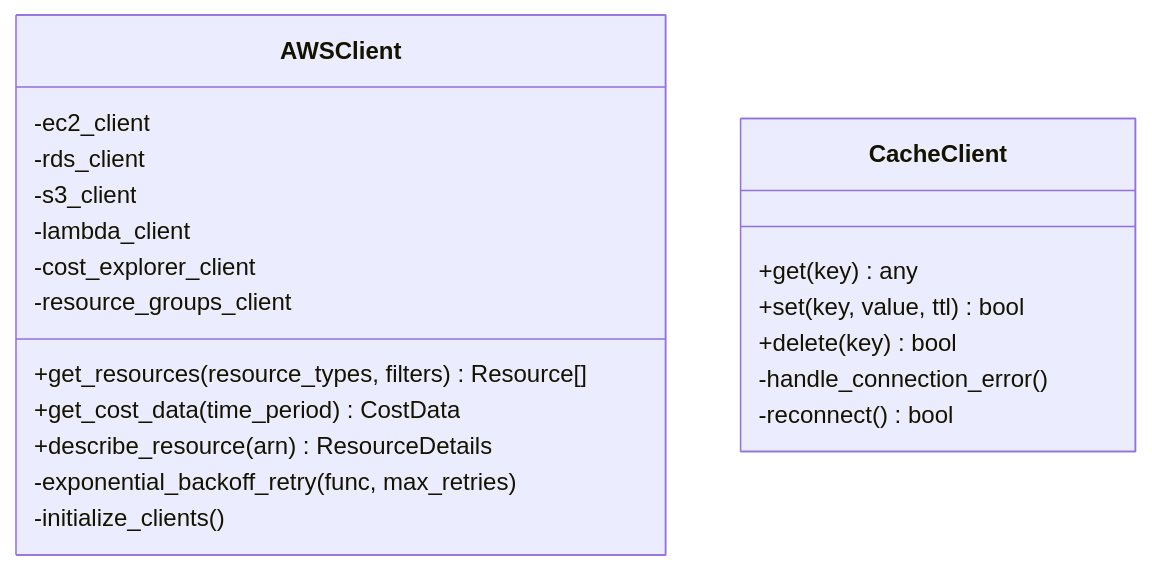
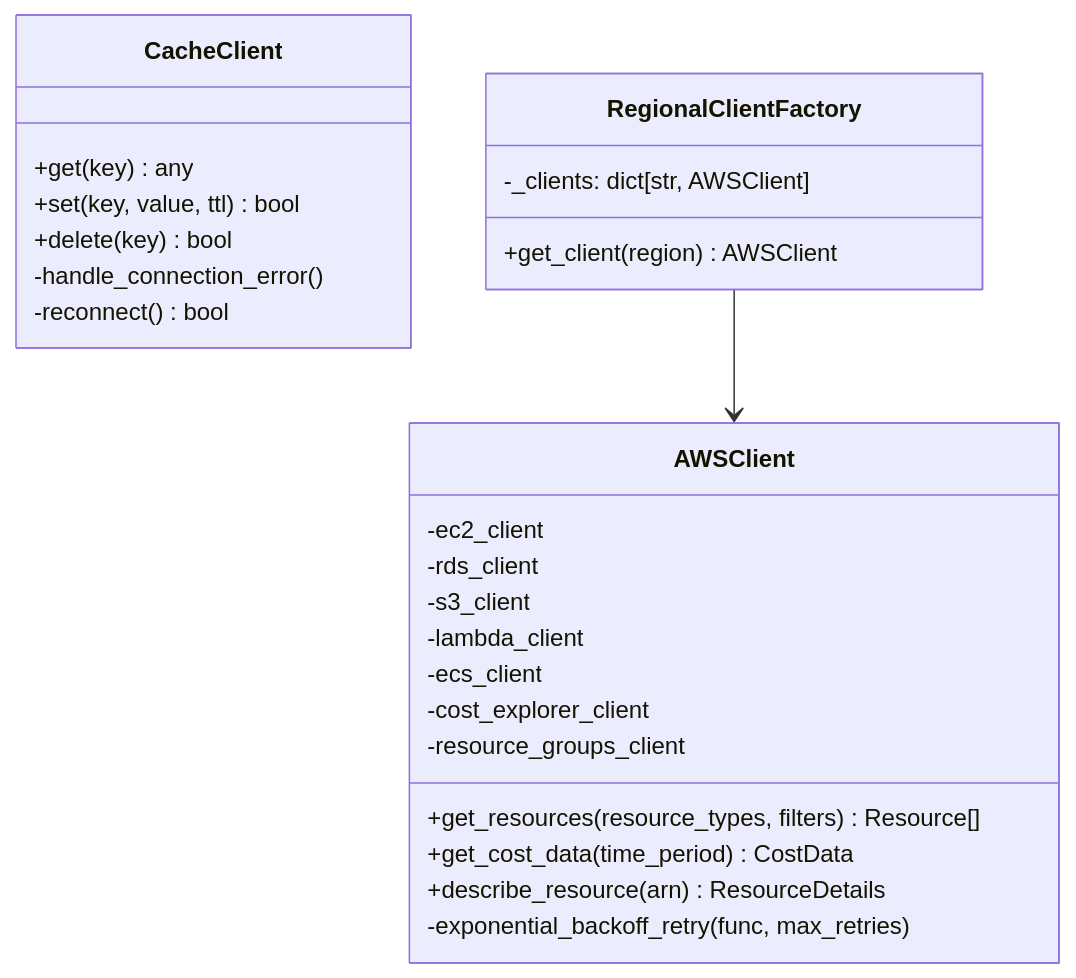
The fourth of 7 diagrams in docs/diagrams/04-component-diagram.md (OptimNow/finops-tag-compliance-mcp), drawn with Mermaid before and after one commit. The commit also changed other lines of this file and 6 other files, not shown here.

First line of the commit message:
docs: rewrite diagrams for stdio architecture, delete HTTP-only docs

````diff
--- a/docs/diagrams/04-component-diagram.md
+++ b/docs/diagrams/04-component-diagram.md
@@ -255,27 +305,31 @@
 ```mermaid
 classDiagram
     class AWSClient {
         +get_resources(resource_types, filters) Resource[]
         +get_cost_data(time_period) CostData
         +describe_resource(arn) ResourceDetails
         -exponential_backoff_retry(func, max_retries)
-        -initialize_clients()
+        -ec2_client
+        -rds_client
+        -s3_client
+        -lambda_client
+        -ecs_client
+        -cost_explorer_client
+        -resource_groups_client
     }
 
     class CacheClient {
         +get(key) any
         +set(key, value, ttl) bool
         +delete(key) bool
         -handle_connection_error()
         -reconnect() bool
     }
 
-    class AWSClient {
-        -ec2_client
-        -rds_client
-        -s3_client
-        -lambda_client
-        -cost_explorer_client
-        -resource_groups_client
+    class RegionalClientFactory {
+        +get_client(region) AWSClient
+        -_clients: dict[str, AWSClient]
     }
+
+    RegionalClientFactory --> AWSClient
 ```
````
